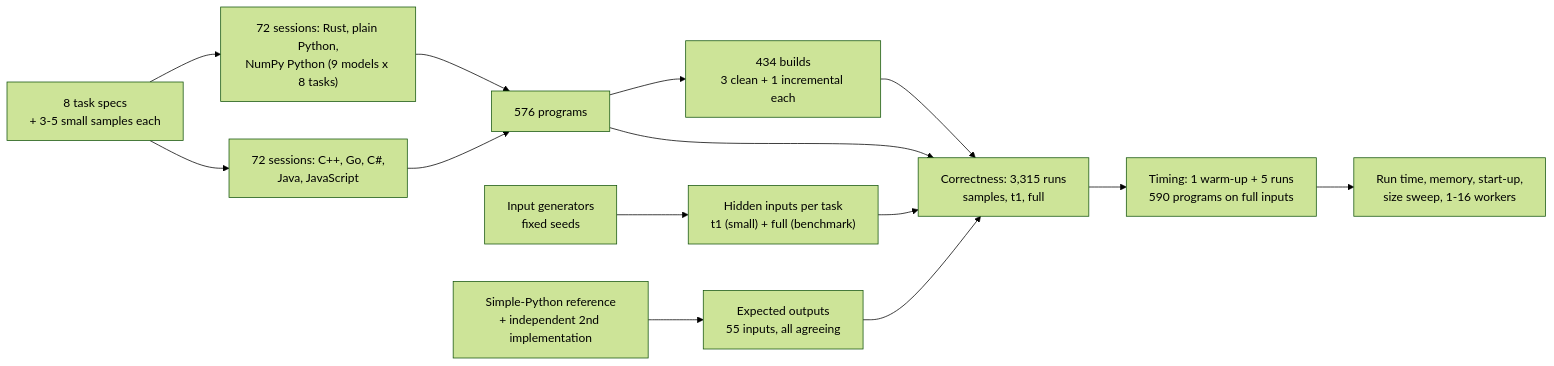
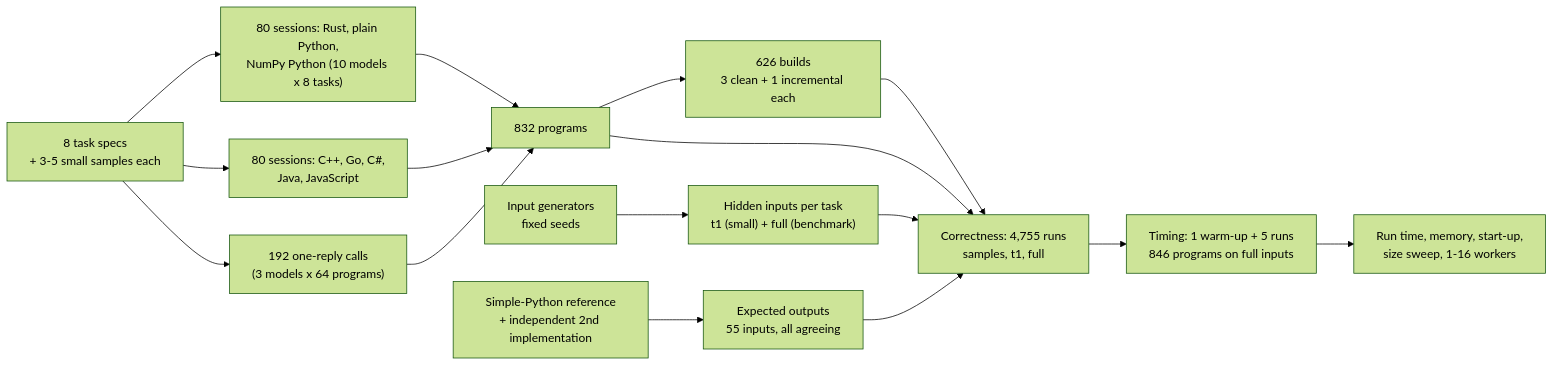
The first of 3 diagrams in notebooks/39-rust-vs-python/README.md (k-sandhu/experiment-notebooks), drawn with Mermaid (forest theme) before and after one commit. The commit also changed other lines of this file and 1326 other files, not shown here.

First line of the commit message:
Notebook 39: Sol's sessions, one-reply programs and a second timing day

````diff
--- a/notebooks/39-rust-vs-python/README.md
+++ b/notebooks/39-rust-vs-python/README.md
@@ -162,16 +166,18 @@
 ```mermaid
 flowchart LR
-    spec["8 task specs<br/>+ 3-5 small samples each"] --> s1["72 sessions: Rust, plain Python,<br/>NumPy Python (9 models x 8 tasks)"]
-    spec --> s2["72 sessions: C++, Go, C#,<br/>Java, JavaScript"]
-    s1 --> progs["576 programs"]
+    spec["8 task specs<br/>+ 3-5 small samples each"] --> s1["80 sessions: Rust, plain Python,<br/>NumPy Python (10 models x 8 tasks)"]
+    spec --> s2["80 sessions: C++, Go, C#,<br/>Java, JavaScript"]
+    spec --> one["192 one-reply calls<br/>(3 models x 64 programs)"]
+    s1 --> progs["832 programs"]
     s2 --> progs
+    one --> progs
     gen["Input generators<br/>fixed seeds"] --> hidden["Hidden inputs per task<br/>t1 (small) + full (benchmark)"]
     ref["Simple-Python reference<br/>+ independent 2nd implementation"] --> exp["Expected outputs<br/>55 inputs, all agreeing"]
-    progs --> build["434 builds<br/>3 clean + 1 incremental each"]
-    build --> check["Correctness: 3,315 runs<br/>samples, t1, full"]
+    progs --> build["626 builds<br/>3 clean + 1 incremental each"]
+    build --> check["Correctness: 4,755 runs<br/>samples, t1, full"]
     progs --> check
     hidden --> check
     exp --> check
-    check --> time["Timing: 1 warm-up + 5 runs<br/>590 programs on full inputs"]
+    check --> time["Timing: 1 warm-up + 5 runs<br/>846 programs on full inputs"]
     time --> out["Run time, memory, start-up,<br/>size sweep, 1-16 workers"]
 ```
````
